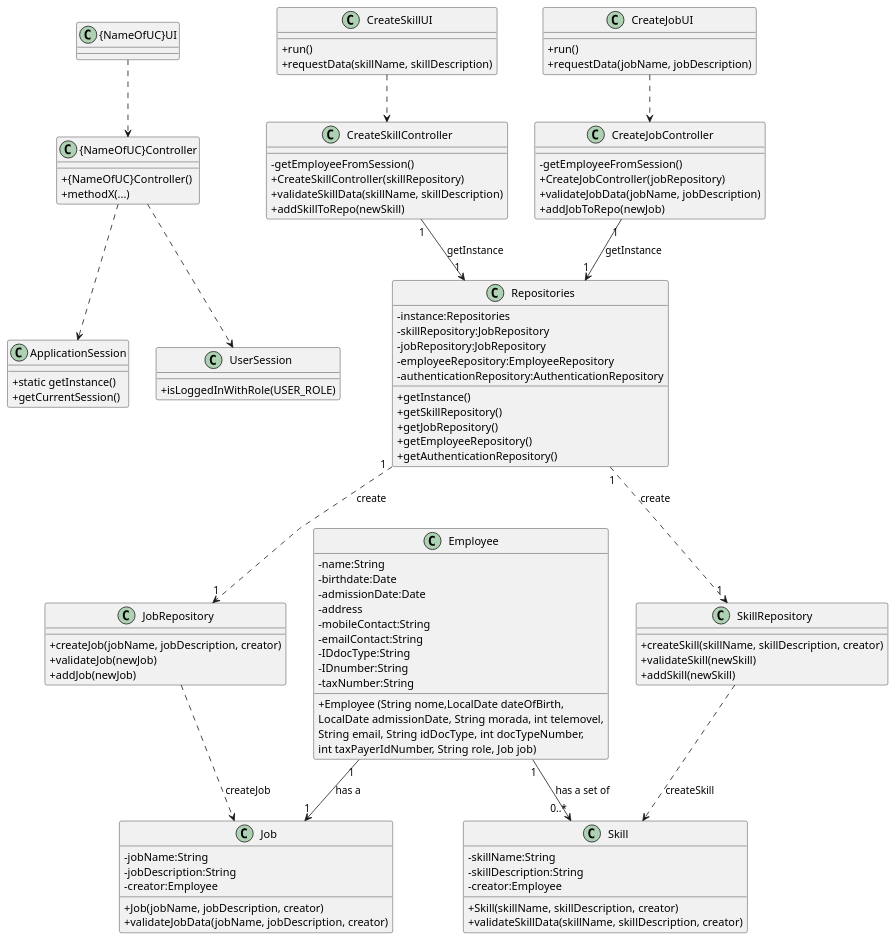
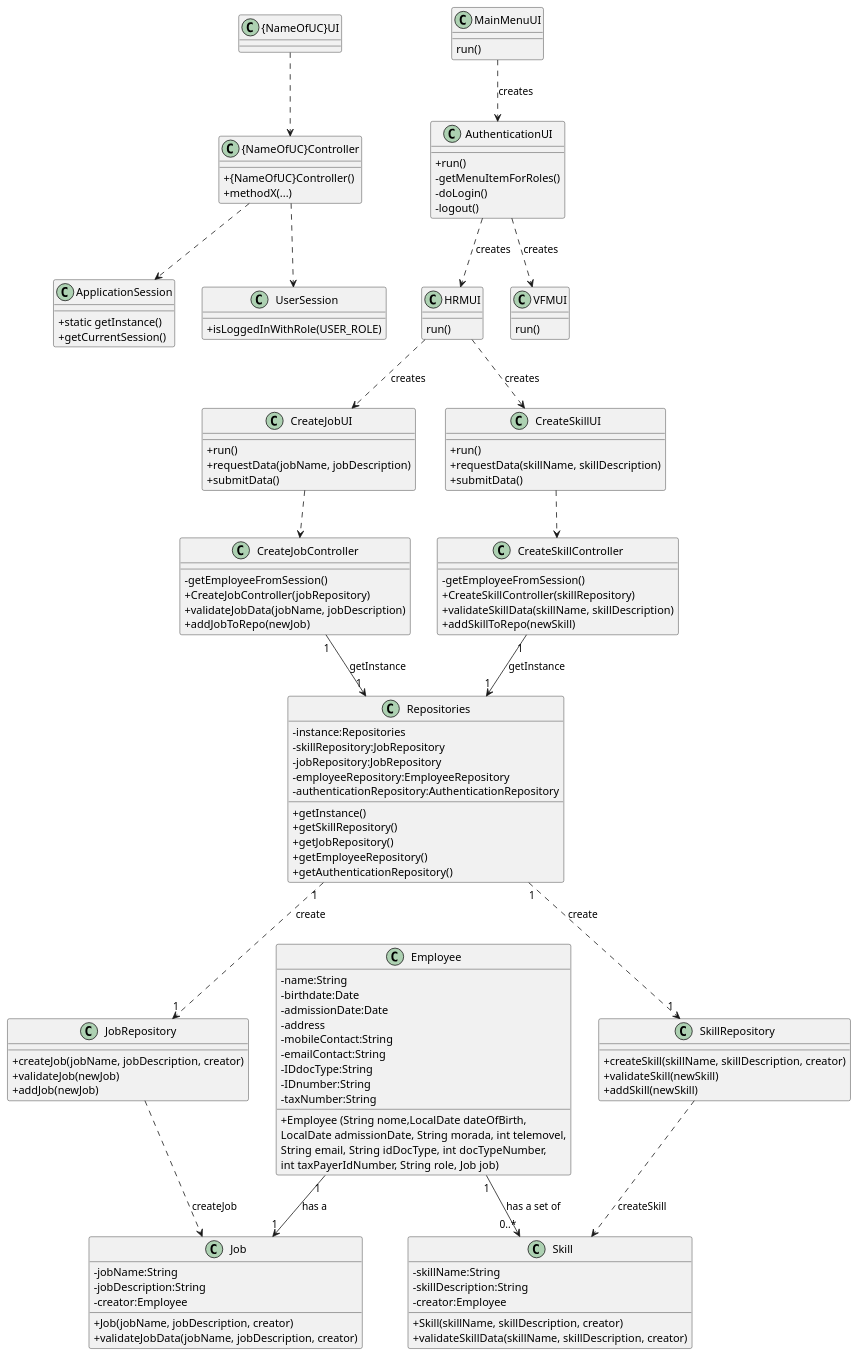
The diagram in docs/sprintB/global-artifacts/03.design/puml/class-diagram.puml (Paulo-Pereira-at-ISEP/lei-24-s2-1nanb-g321), drawn with PlantUML before and after one commit.

Commit message:
LGGPM-108 - Global - Design - Class diagram update

```diff
--- a/docs/sprintB/global-artifacts/03.design/puml/class-diagram.puml
+++ b/docs/sprintB/global-artifacts/03.design/puml/class-diagram.puml
@@ -1,142 +1,169 @@
 @startuml
 skinparam classAttributeIconSize 0
 skinparam linetype polyline
 
 
 class ApplicationSession
 {
   +static getInstance()
   +getCurrentSession()
 }
 
 class UserSession
 {
   +isLoggedInWithRole(USER_ROLE)
 }
 
 class "{NameOfUC}Controller" {
     + {NameOfUC}Controller()
     + methodX(...)
 }
 
 class "{NameOfUC}UI" {
 }
 
 
+class MainMenuUI{
+    run()
+}
+
+class AuthenticationUI{
+    +run()
+    -getMenuItemForRoles()
+    -doLogin()
+    -logout()
+}
+
+class HRMUI{
+    run()
+}
+
+class VFMUI{
+    run()
+}
 
 class CreateJobController {
     -getEmployeeFromSession()
     + CreateJobController(jobRepository)
     + validateJobData(jobName, jobDescription)
     + addJobToRepo(newJob)
 
 
 }
 
 
 class CreateJobUI {
     +run()
     +requestData(jobName, jobDescription)
+    +submitData()
 }
 
 
 
 class Employee{
     -name:String
     -birthdate:Date
     -admissionDate:Date
     -address
     -mobileContact:String
     -emailContact:String
     -IDdocType:String
     -IDnumber:String
     -taxNumber:String
 
     +Employee (String nome,LocalDate dateOfBirth,\nLocalDate admissionDate, String morada, int telemovel,\nString email, String idDocType, int docTypeNumber,\nint taxPayerIdNumber, String role, Job job)
 }
 
 class Repositories{
     - instance:Repositories
     - skillRepository:JobRepository
     - jobRepository:JobRepository
     - employeeRepository:EmployeeRepository
     - authenticationRepository:AuthenticationRepository
 
 
     + getInstance()
     + getSkillRepository()
     + getJobRepository()
     + getEmployeeRepository()
     + getAuthenticationRepository()
 }
 
 class JobRepository{
     + createJob(jobName, jobDescription, creator)
     + validateJob(newJob)
     + addJob(newJob)
 }
 
 class Job {
     -jobName:String
     -jobDescription:String
     -creator:Employee
 
     +Job(jobName, jobDescription, creator)
     +validateJobData(jobName, jobDescription, creator)
 }
 
 
 class CreateSkillController {
     - getEmployeeFromSession()
     + CreateSkillController(skillRepository)
     + validateSkillData(skillName, skillDescription)
     + addSkillToRepo(newSkill)
 
 }
 
 
 class CreateSkillUI {
     +run()
     +requestData(skillName, skillDescription)
+    +submitData()
 }
 
 
 
 class SkillRepository{
     + createSkill(skillName, skillDescription, creator)
     + validateSkill(newSkill)
     + addSkill(newSkill)
 }
 
 class Skill {
     -skillName:String
     -skillDescription:String
     -creator:Employee
 
     +Skill(skillName, skillDescription, creator)
     +validateSkillData(skillName, skillDescription, creator)
 }
 
 
+MainMenuUI ..> AuthenticationUI: creates
+
+AuthenticationUI ..> HRMUI : creates
+AuthenticationUI ..> VFMUI : creates
+
+HRMUI ..> CreateSkillUI : creates
+HRMUI ..> CreateJobUI : creates
 
 CreateJobUI ..> CreateJobController
 
 CreateJobController "1" --> "1" Repositories : getInstance
 Repositories "1" ..> "1" JobRepository : create
 JobRepository ..> Job : createJob
 Employee "1" --> "1" Job : has a
 
 
 CreateSkillUI ..> CreateSkillController
 
 CreateSkillController "1" --> "1" Repositories : getInstance
 Repositories "1" ..> "1" SkillRepository : create
 SkillRepository ..> Skill : createSkill
 Employee "1" --> "0..*" Skill : has a set of
 
 
 "{NameOfUC}UI" ..> "{NameOfUC}Controller"
 "{NameOfUC}Controller" ..> ApplicationSession
 "{NameOfUC}Controller" ..> UserSession
 
 @enduml
```
